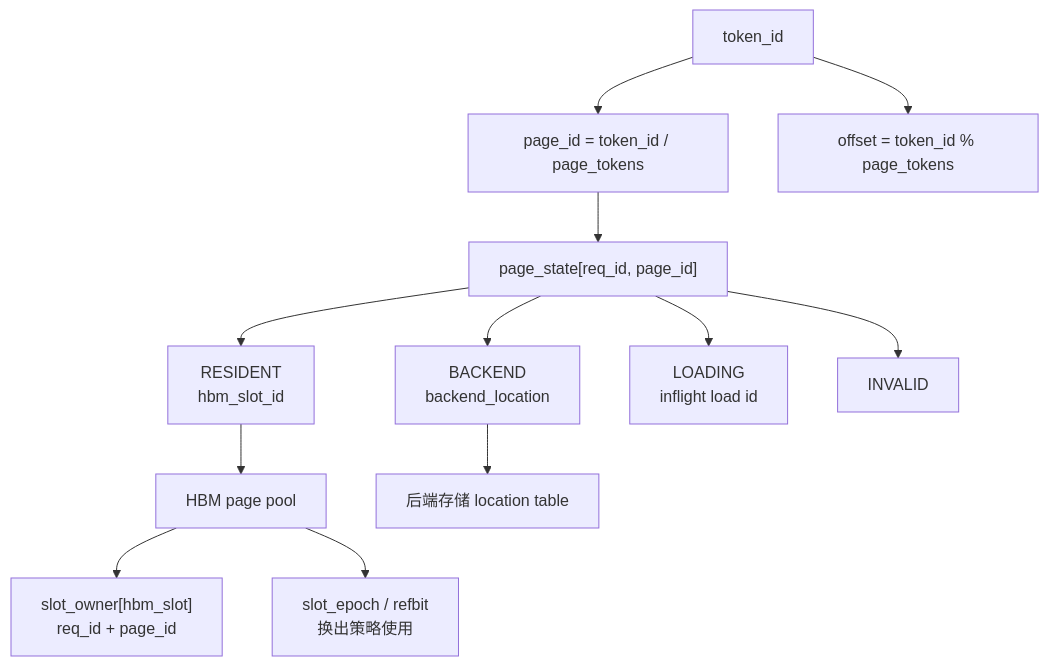
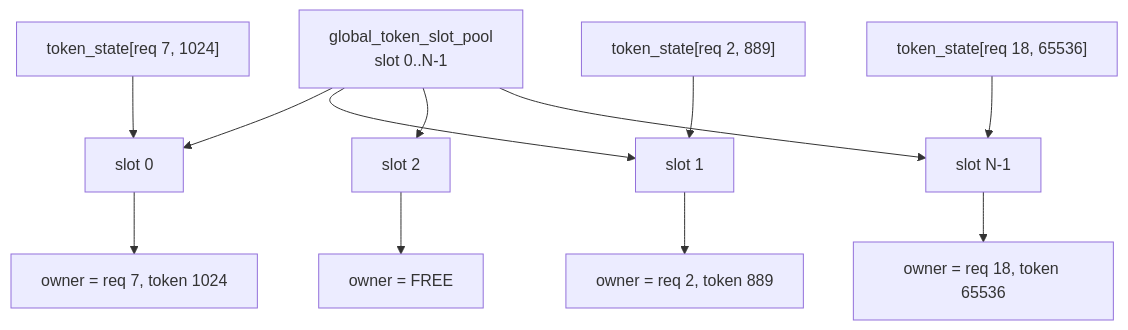
One commit to ykfnxx/ASU-Ascend changed the second of 6 diagrams in docs/draft/2026-06-02-npu-hbm-kvcache-management-draft.md. Above: the diagram before and after it, drawn with Mermaid. The commit also changed other lines of this file, not shown here.

Commit message:
Update KVCache draft for token pool design

````diff
--- a/docs/draft/2026-06-02-npu-hbm-kvcache-management-draft.md
+++ b/docs/draft/2026-06-02-npu-hbm-kvcache-management-draft.md
@@ -117,18 +112,16 @@
 ```mermaid
 flowchart TB
-    T["token_id"] --> P["page_id = token_id / page_tokens"]
-    T --> O["offset = token_id % page_tokens"]
+    Pool["global_token_slot_pool<br/>slot 0..N-1"] --> S0["slot 0"]
+    Pool --> S1["slot 1"]
+    Pool --> S2["slot 2"]
+    Pool --> SN["slot N-1"]
 
-    P --> S["page_state[req_id, page_id]"]
+    S0 --> O0["owner = req 7, token 1024"]
+    S1 --> O1["owner = req 2, token 889"]
+    S2 --> O2["owner = FREE"]
+    SN --> ON["owner = req 18, token 65536"]
 
-    S --> R1["RESIDENT<br/>hbm_slot_id"]
-    S --> R2["BACKEND<br/>backend_location"]
-    S --> R3["LOADING<br/>inflight load id"]
-    S --> R4["INVALID"]
-
-    R1 --> H["HBM page pool"]
-    R2 --> B["后端存储 location table"]
-
-    H --> M["slot_owner[hbm_slot]<br/>req_id + page_id"]
-    H --> E["slot_epoch / refbit<br/>换出策略使用"]
+    R0["token_state[req 7, 1024]"] --> S0
+    R1["token_state[req 2, 889]"] --> S1
+    R2["token_state[req 18, 65536]"] --> SN
 ```
````
